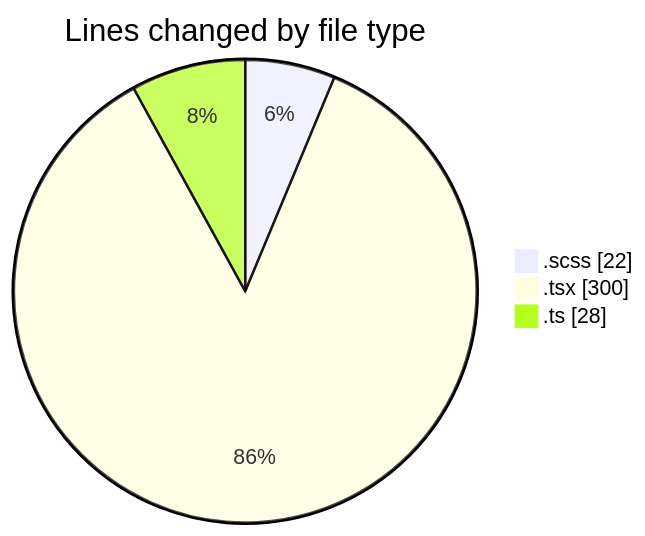
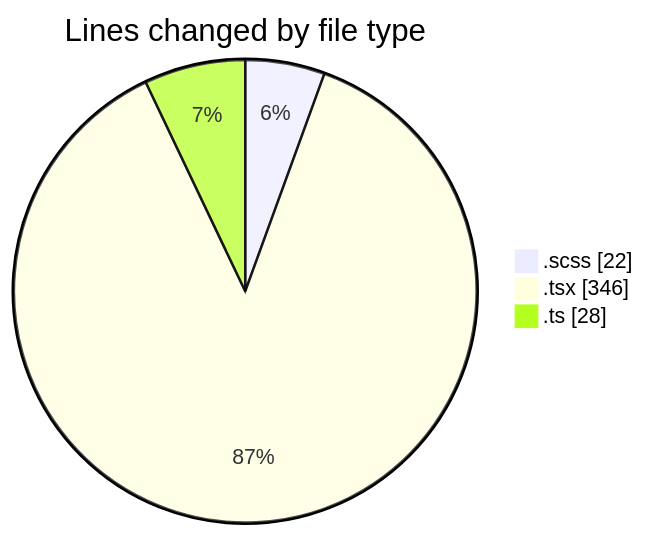
Before and after one commit to momahboobian/code-tracking: the first of 2 diagrams in 2025-02-10/cda/README.md, drawn with Mermaid. The commit also changed other lines of this file and 1 other file, not shown here.

````diff
--- a/2025-02-10/cda/README.md
+++ b/2025-02-10/cda/README.md
@@ -22,7 +24,7 @@
 ```mermaid
 pie showData
 title Lines changed by file type
 ".scss" : 22
-".tsx" : 300
+".tsx" : 346
 ".ts" : 28
 ```
````
